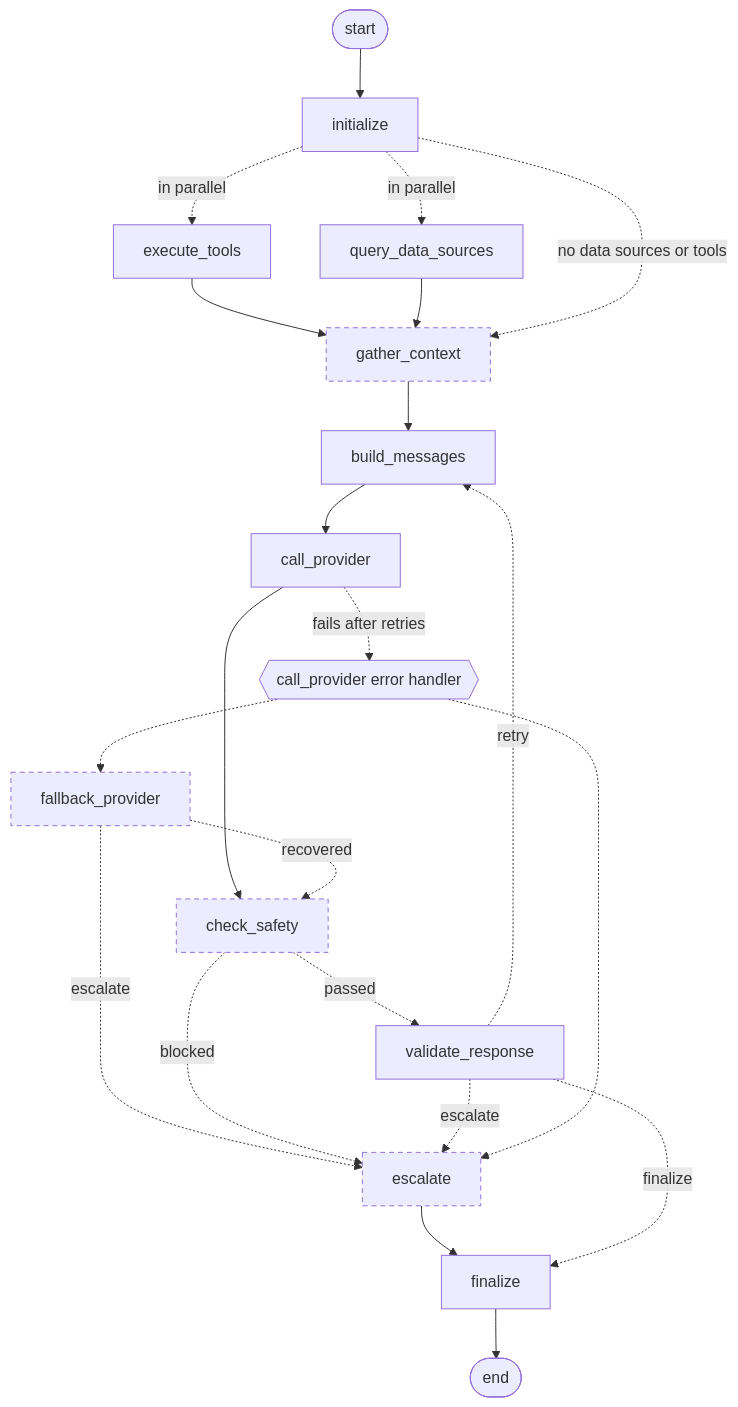
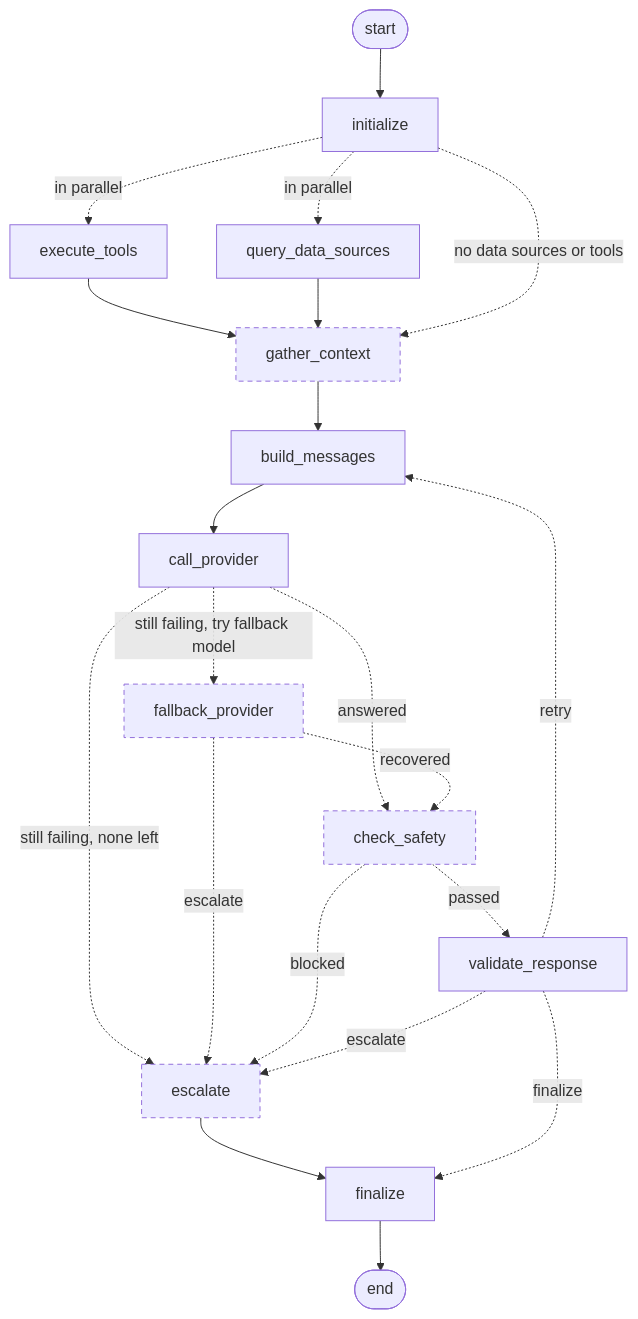
One commit to Bananam3D2Y/ThinkLife changed the diagram in backend/docs/workflows/brain_workflow.md. Above: the diagram before and after it, drawn with Mermaid. The commit also changed 7 other files, not shown here.

````diff
--- a/backend/docs/workflows/brain_workflow.md
+++ b/backend/docs/workflows/brain_workflow.md
@@ -6,41 +6,39 @@
 ```mermaid
 flowchart TD
     %% ThinkLife Brain workflow v1.1.0 - generated by scripts/export_workflow_diagrams.py; do not edit
     wf_start([start])
     wf_end([end])
     initialize[initialize]
     query_data_sources[query_data_sources]
     execute_tools[execute_tools]
     gather_context[gather_context]
     build_messages[build_messages]
     call_provider[call_provider]
     fallback_provider[fallback_provider]
     check_safety[check_safety]
     validate_response[validate_response]
     escalate[escalate]
     finalize[finalize]
-    call_provider_error{{call_provider error handler}}
     wf_start --> initialize
     build_messages --> call_provider
-    call_provider --> check_safety
     escalate --> finalize
     execute_tools --> gather_context
     finalize --> wf_end
     gather_context --> build_messages
     query_data_sources --> gather_context
     initialize -. in parallel .-> query_data_sources
     initialize -. in parallel .-> execute_tools
     initialize -. no data sources or tools .-> gather_context
+    call_provider -. answered .-> check_safety
+    call_provider -. still failing, try fallback model .-> fallback_provider
+    call_provider -. still failing, none left .-> escalate
     fallback_provider -. recovered .-> check_safety
     fallback_provider -. escalate .-> escalate
     check_safety -. passed .-> validate_response
     check_safety -. blocked .-> escalate
     validate_response -. retry .-> build_messages
     validate_response -. finalize .-> finalize
     validate_response -. escalate .-> escalate
-    call_provider -. fails after retries .-> call_provider_error
-    call_provider_error -.-> fallback_provider
-    call_provider_error -.-> escalate
     classDef added stroke-dasharray: 5 4
     class gather_context,fallback_provider,check_safety,escalate added
 ```
````
